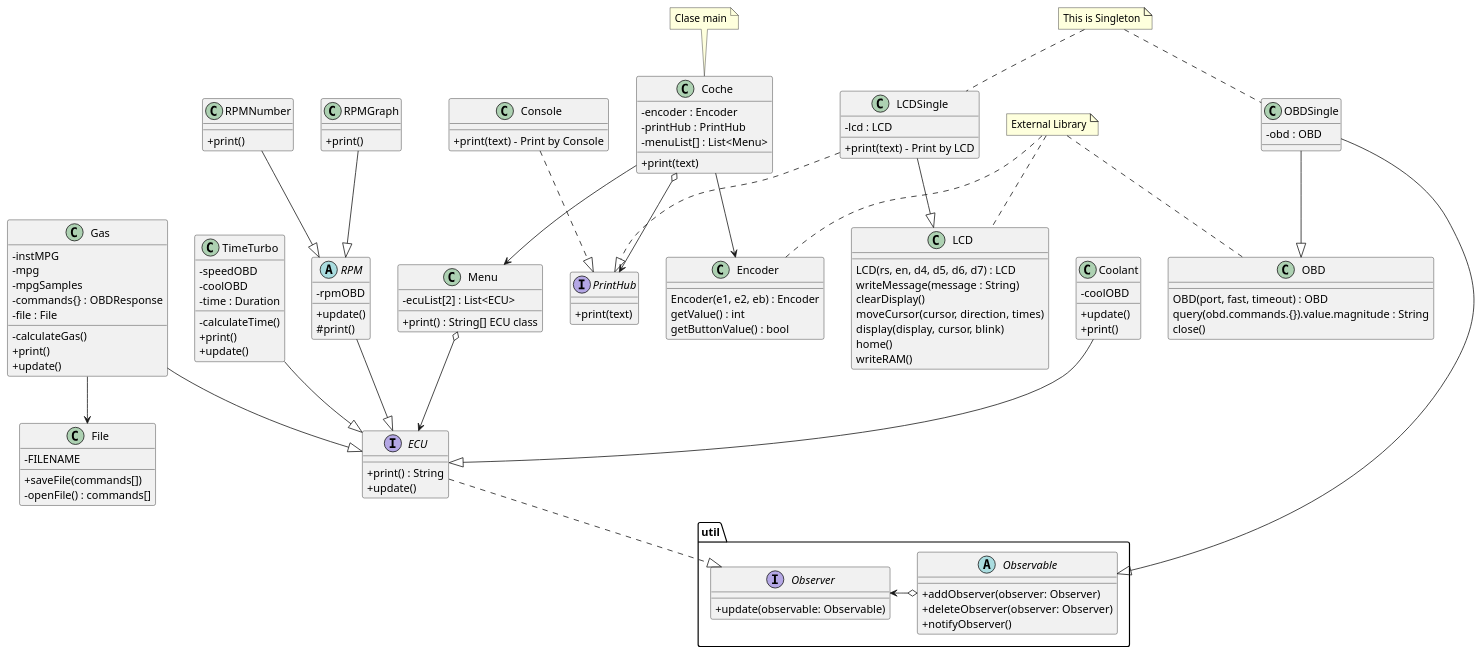
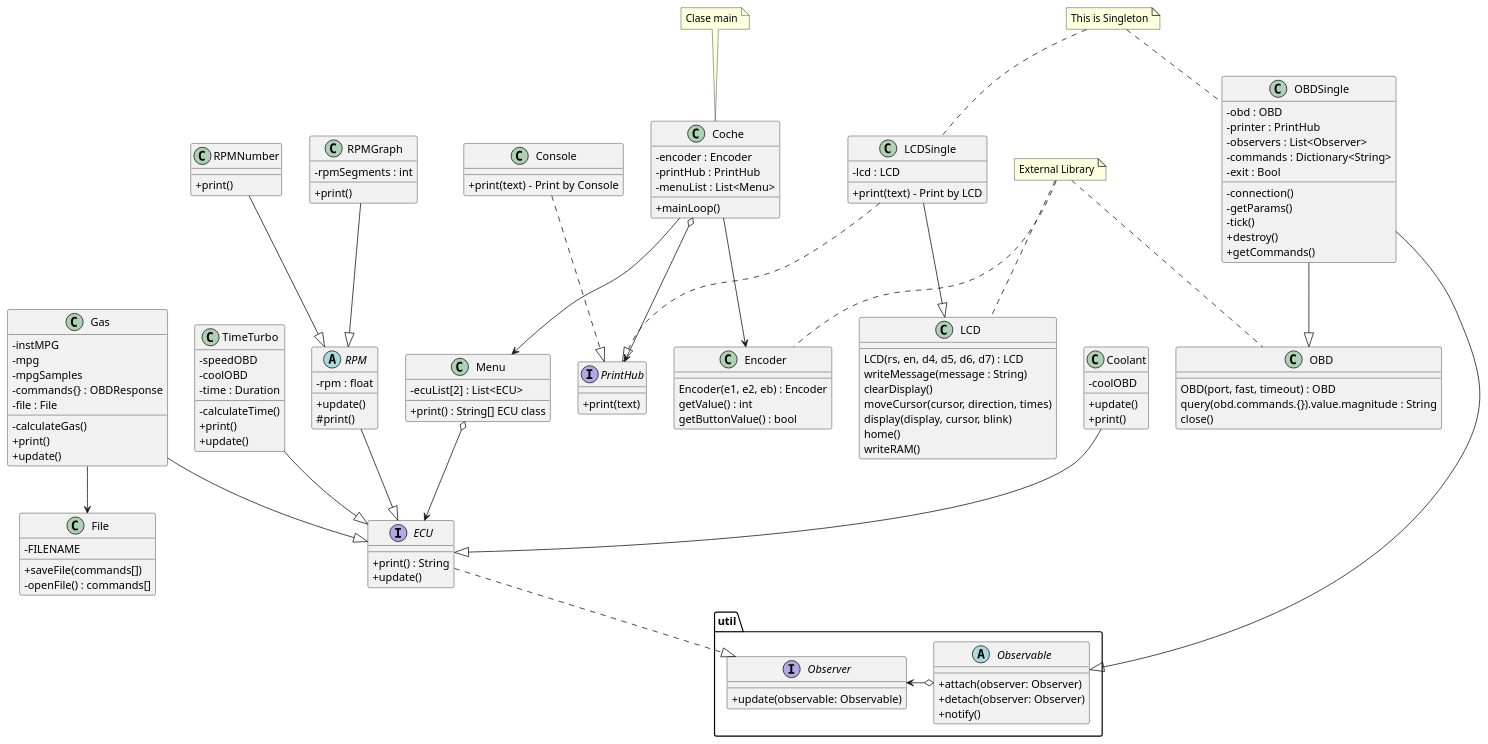
One commit to TahedoranIX/RPMGauge changed the diagram in doc/NuevoPlanteamiento.puml. Above: the diagram before and after it, drawn with PlantUML. The commit also changed 15 other files, not shown here.

```diff
--- a/doc/NuevoPlanteamiento.puml
+++ b/doc/NuevoPlanteamiento.puml
@@ -1,163 +1,174 @@
 @startuml
 
 skinparam classAttributeIconSize 0
 
 package util <<Folder>> {
     interface Observer {
     +update(observable: Observable)
     }
     abstract Observable {
-    +addObserver(observer: Observer)
-    +deleteObserver(observer: Observer)
-    +notifyObserver()
+    +attach(observer: Observer)
+    +detach(observer: Observer)
+    +notify()
     }
 }
 Observable o-right-> Observer
 
 class Coche {
 -encoder : Encoder
 -printHub : PrintHub
--menuList[] : List<Menu>
-+print(text)
+-menuList : List<Menu>
++mainLoop()
 }
 Coche o--> PrintHub
 Coche --> Menu
 Coche --> Encoder
 
 class Console {
 +print(text) - Print by Console
 }
 Console ..|> PrintHub
 
 class Coolant {
 -coolOBD
 +update()
 +print()
 }
 Coolant --|> ECU
 
 interface ECU {
 +print() : String
 +update()
 }
 ECU ..|> Observer
 
 class Encoder {
 Encoder(e1, e2, eb) : Encoder
 getValue() : int
 getButtonValue() : bool
 }
 
 class Gas {
 -instMPG
 -mpg
 -mpgSamples
 -commands{} : OBDResponse
 -file : File
 -calculateGas()
 +print()
 +update()
 }
 Gas --|> ECU
 Gas --> File
 
 class LCD {
 LCD(rs, en, d4, d5, d6, d7) : LCD
 writeMessage(message : String)
 clearDisplay()
 moveCursor(cursor, direction, times)
 display(display, cursor, blink)
 home()
 writeRAM()
 }
 
 class LCDSingle {
 -lcd : LCD
 +print(text) - Print by LCD
 }
 LCDSingle ..|> PrintHub
 LCDSingle --|> LCD
 
 class Menu {
 -ecuList[2] : List<ECU>
 +print() : String[] ECU class
 }
 Menu o--> ECU
 
 class OBD {
 
 OBD(port, fast, timeout) : OBD
 query(obd.commands.{}).value.magnitude : String
 close()
 }
 
 class OBDSingle {
 -obd : OBD
+-printer : PrintHub
+-observers : List<Observer>
+-commands : Dictionary<String>
+-exit : Bool
+-connection()
+-getParams()
+-tick()
++destroy()
++getCommands()
+
+
 }
 OBDSingle --|> Observable
 OBDSingle --|> OBD
 
 interface PrintHub {
 +print(text)
 }
 
 abstract RPM {
--rpmOBD
+-rpm : float
 +update()
 #print()
 }
 RPM --|> ECU
 
 class RPMNumber {
 +print()
 }
 RPMNumber --|> RPM
 
 class RPMGraph {
-
+-rpmSegments : int
 +print()
 }
 RPMGraph --|> RPM
 
 class File {
 -FILENAME
 +saveFile(commands[])
 -openFile() : commands[]
 }
 
 class TimeTurbo {
 -speedOBD
 -coolOBD
 -time : Duration
 -calculateTime()
 +print()
 +update()
 }
 TimeTurbo --|> ECU
 
 
 
 note "External Library" as Lib
 Lib .. LCD
 Lib .. OBD
 Lib .. Encoder
 
 note "Clase main" as Main
 Main .. Coche
 
 note "This is Singleton" as Singleton
 Singleton .. OBDSingle
 Singleton .. LCDSingle
 
 
 
 
 
 
 
 
 
 
 
 
 @enduml
```
